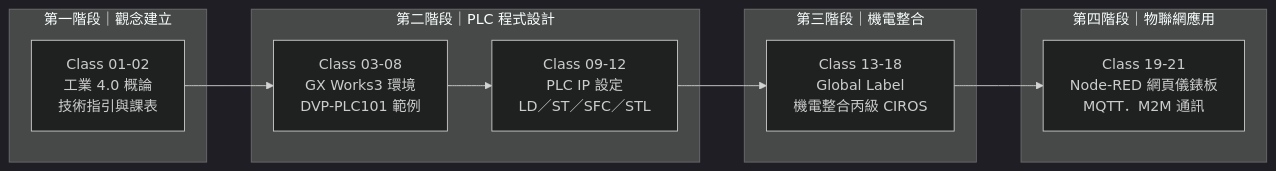
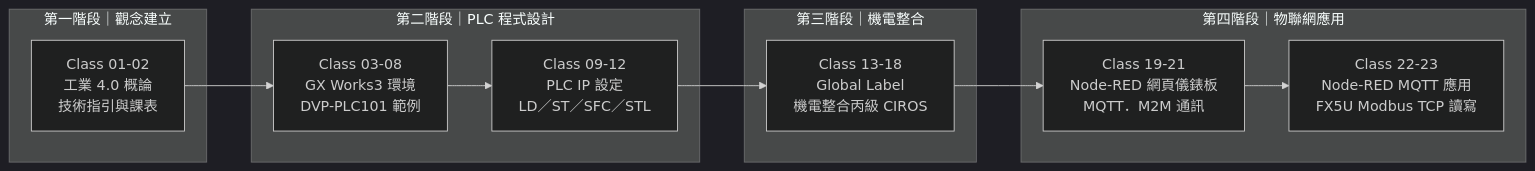
Before and after one commit to yd7148/INDUSTRY-4.0: the first of 5 diagrams in README.md, drawn with Mermaid (dark theme). The commit also changed other lines of this file and 107 other files, not shown here.

Commit message:
Add Class-23-2026-11-05 course materials, class folder READMEs, course timeline SVG, playlist index

````diff
--- a/README.md
+++ b/README.md
@@ -20,17 +22,18 @@
 ```mermaid
 flowchart LR
     subgraph P1["第一階段｜觀念建立"]
         A1["Class 01-02<br/>工業 4.0 概論<br/>技術指引與課表"]
     end
     subgraph P2["第二階段｜PLC 程式設計"]
         B1["Class 03-08<br/>GX Works3 環境<br/>DVP-PLC101 範例"]
         B2["Class 09-12<br/>PLC IP 設定<br/>LD／ST／SFC／STL"]
     end
     subgraph P3["第三階段｜機電整合"]
         C1["Class 13-18<br/>Global Label<br/>機電整合丙級 CIROS"]
     end
     subgraph P4["第四階段｜物聯網應用"]
         D1["Class 19-21<br/>Node-RED 網頁儀錶板<br/>MQTT．M2M 通訊"]
+        D2["Class 22-23<br/>Node-RED MQTT 應用<br/>FX5U Modbus TCP 讀寫"]
     end
-    A1 --> B1 --> B2 --> C1 --> D1
+    A1 --> B1 --> B2 --> C1 --> D1 --> D2
 ```
````
